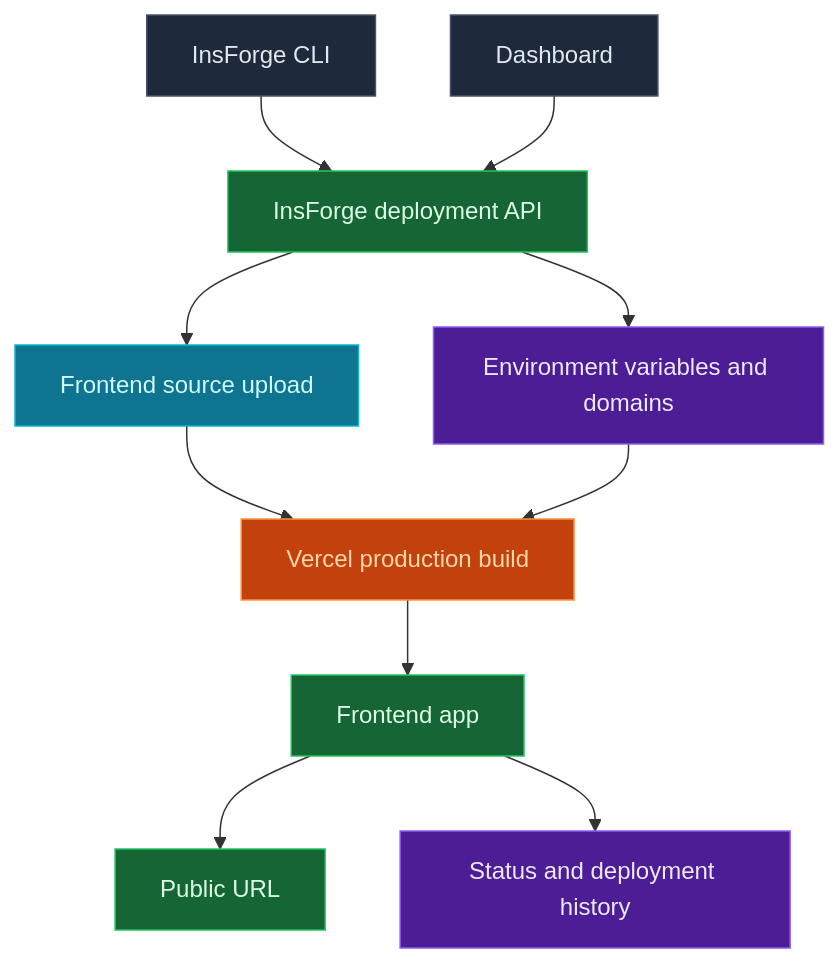
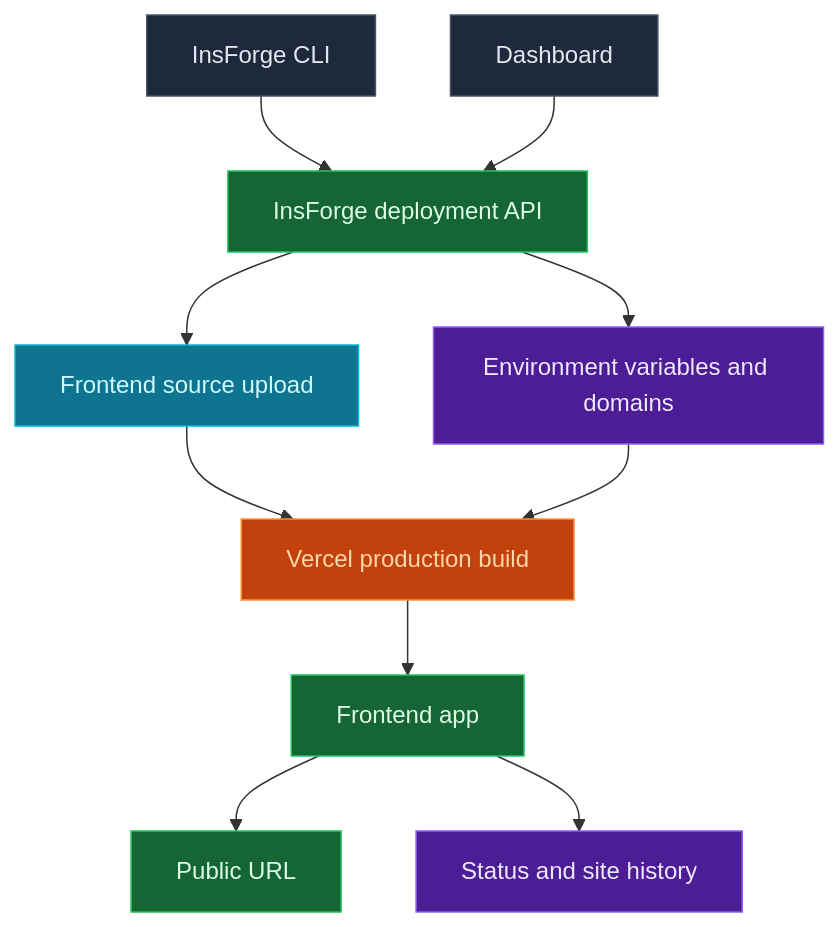
The diagram in docs/core-concepts/deployments/overview.mdx (InsForge/InsForge), drawn with Mermaid before and after one commit. The commit also changed other lines of this file and 11 other files, not shown here.

````diff
--- a/docs/core-concepts/deployments/overview.mdx
+++ b/docs/core-concepts/deployments/overview.mdx
@@ -17,25 +17,25 @@
 ```mermaid
 flowchart TB
     CLI[InsForge CLI] --> API[InsForge deployment API]
     Dashboard[Dashboard] --> API
 
     API --> Source[Frontend source upload]
     API --> Config[Environment variables and domains]
 
     Source --> Vercel[Vercel production build]
     Config --> Vercel
 
     Vercel --> App[Frontend app]
     App --> URL[Public URL]
-    App --> Status[Status and deployment history]
+    App --> Status[Status and site history]
 
     style CLI fill:#1e293b,stroke:#475569,color:#e2e8f0
     style Dashboard fill:#1e293b,stroke:#475569,color:#e2e8f0
     style API fill:#166534,stroke:#22c55e,color:#dcfce7
     style Source fill:#0e7490,stroke:#06b6d4,color:#cffafe
     style Config fill:#4c1d95,stroke:#8b5cf6,color:#ede9fe
     style Vercel fill:#c2410c,stroke:#fb923c,color:#fed7aa
     style App fill:#166534,stroke:#22c55e,color:#dcfce7
     style URL fill:#166534,stroke:#22c55e,color:#dcfce7
     style Status fill:#4c1d95,stroke:#8b5cf6,color:#ede9fe
 ```
````
